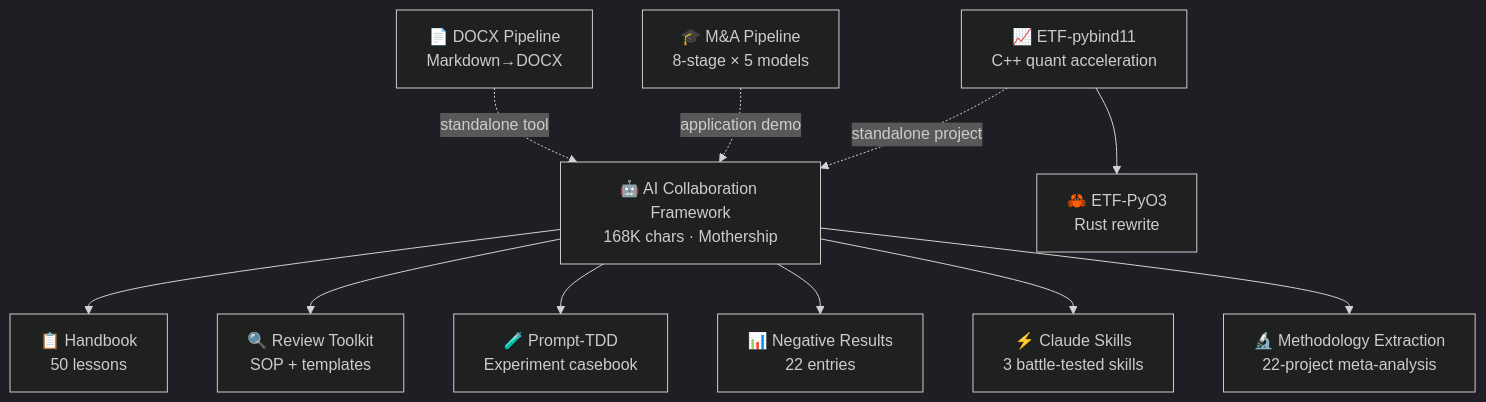
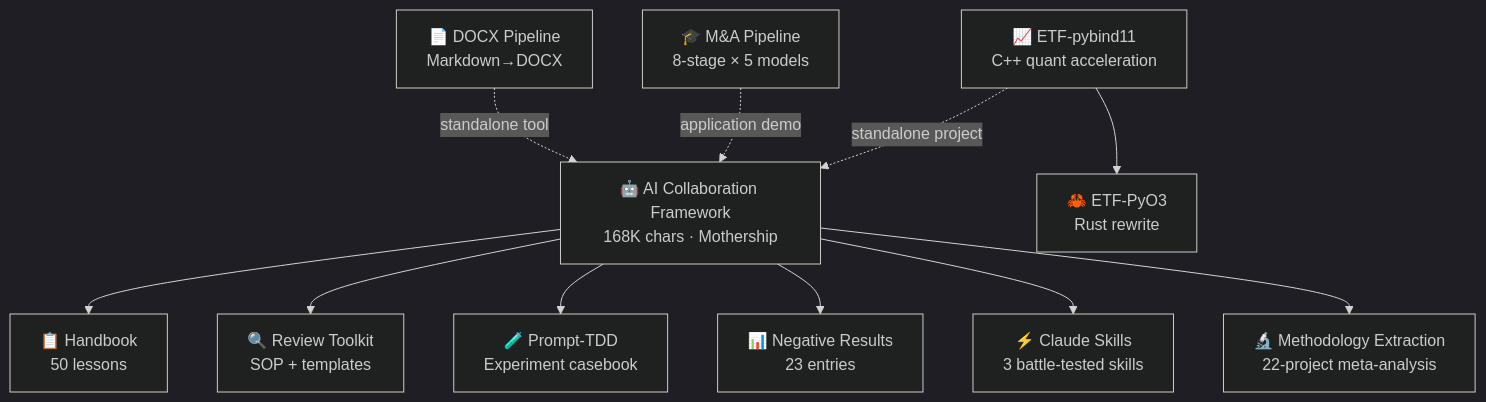
Before and after one commit to redamancy231-create/redamancy231-create: the diagram in README.en.md, drawn with Mermaid (dark theme). The commit also changed other lines of this file, not shown here.

Commit message:
docs: update negative-results-registry entry count 22→23

````diff
--- a/README.en.md
+++ b/README.en.md
@@ -48,14 +48,14 @@
 ```mermaid
 graph TB
     F["🤖 AI Collaboration Framework<br/>168K chars · Mothership"]
     F --> H["📋 Handbook<br/>50 lessons"]
     F --> R["🔍 Review Toolkit<br/>SOP + templates"]
     F --> P["🧪 Prompt-TDD<br/>Experiment casebook"]
-    F --> N["📊 Negative Results<br/>22 entries"]
+    F --> N["📊 Negative Results<br/>23 entries"]
     F --> S["⚡ Claude Skills<br/>3 battle-tested skills"]
     F --> M["🔬 Methodology Extraction<br/>22-project meta-analysis"]
     D["📄 DOCX Pipeline<br/>Markdown→DOCX"] -.->|standalone tool| F
     A["🎓 M&A Pipeline<br/>8-stage × 5 models"] -.->|application demo| F
     Q["📈 ETF-pybind11<br/>C++ quant acceleration"] -.->|standalone project| F
     Q --> E["🦀 ETF-PyO3<br/>Rust rewrite"]
 ```
````
